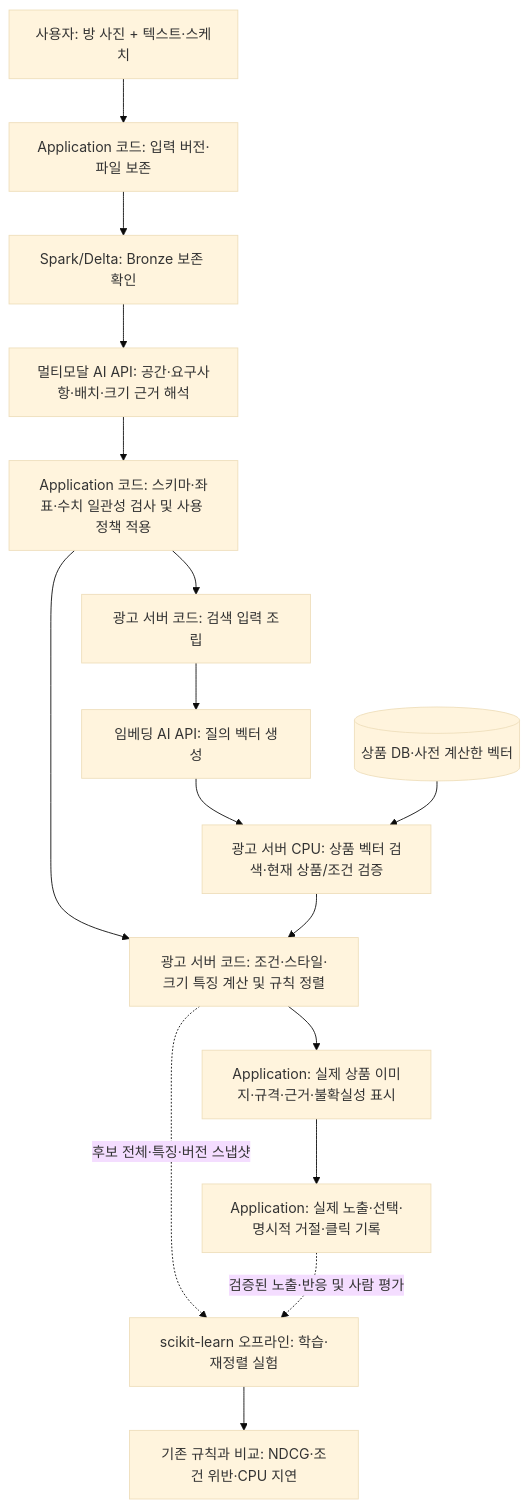
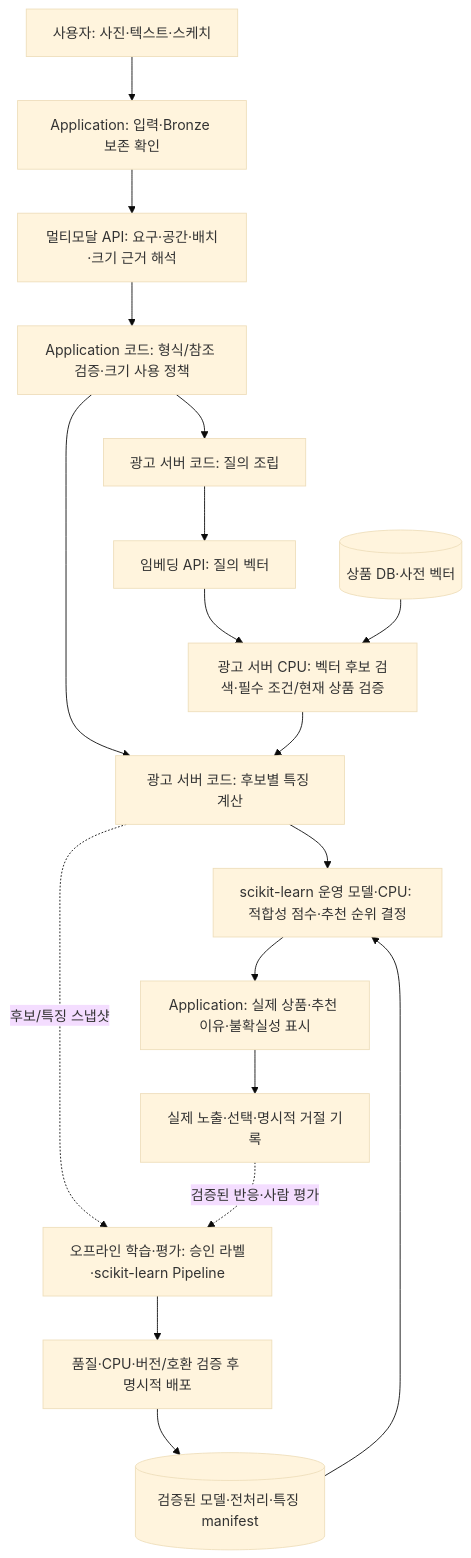
One commit to encore-ai-campus/mlo-01-p3-team3 changed the first of 2 diagrams in docs/design/12-direct-recommendation.md. Above: the diagram before and after it, drawn with Mermaid (base theme). The commit also changed other lines of this file and 23 other files, not shown here.

````diff
--- a/docs/design/12-direct-recommendation.md
+++ b/docs/design/12-direct-recommendation.md
@@ -15,18 +15,20 @@
 ```mermaid
 flowchart TD
-    U["사용자: 방 사진 + 텍스트·스케치"] --> S["Application 코드: 입력 버전·파일 보존"]
-    S --> B["Spark/Delta: Bronze 보존 확인"]
-    B --> M["멀티모달 AI API: 공간·요구사항·배치·크기 근거 해석"]
-    M --> C["Application 코드: 스키마·좌표·수치 일관성 검사 및 사용 정책 적용"]
-    C --> Q["광고 서버 코드: 검색 입력 조립"]
-    Q --> E["임베딩 AI API: 질의 벡터 생성"]
-    E --> F["광고 서버 CPU: 상품 벡터 검색·현재 상품/조건 검증"]
-    P[("상품 DB·사전 계산한 벡터")] --> F
-    C --> R["광고 서버 코드: 조건·스타일·크기 특징 계산 및 규칙 정렬"]
-    F --> R
-    R --> V["Application: 실제 상품 이미지·규격·근거·불확실성 표시"]
-    V --> A["Application: 실제 노출·선택·명시적 거절·클릭 기록"]
-    R -. "후보 전체·특징·버전 스냅샷" .-> D["scikit-learn 오프라인: 학습·재정렬 실험"]
-    A -. "검증된 노출·반응 및 사람 평가" .-> D
-    D --> T["기존 규칙과 비교: NDCG·조건 위반·CPU 지연"]
+    U["사용자: 사진·텍스트·스케치"] --> S["Application: 입력·Bronze 보존 확인"]
+    S --> M["멀티모달 API: 요구·공간·배치·크기 근거 해석"]
+    M --> C["Application 코드: 형식/참조 검증·크기 사용 정책"]
+    C --> Q["광고 서버 코드: 질의 조립"]
+    Q --> E["임베딩 API: 질의 벡터"]
+    E --> F["광고 서버 CPU: 벡터 후보 검색·필수 조건/현재 상품 검증"]
+    P[("상품 DB·사전 벡터")] --> F
+    C --> X["광고 서버 코드: 후보별 특징 계산"]
+    F --> X
+    X --> R["scikit-learn 운영 모델·CPU: 적합성 점수·추천 순위 결정"]
+    A[("검증된 모델·전처리·특징 manifest")] --> R
+    R --> V["Application: 실제 상품·추천 이유·불확실성 표시"]
+    V --> B["실제 노출·선택·명시적 거절 기록"]
+    X -. "후보/특징 스냅샷" .-> D["오프라인 학습·평가: 승인 라벨·scikit-learn Pipeline"]
+    B -. "검증된 반응·사람 평가" .-> D
+    D --> T["품질·CPU·버전/호환 검증 후 명시적 배포"]
+    T --> A
 ```
````
